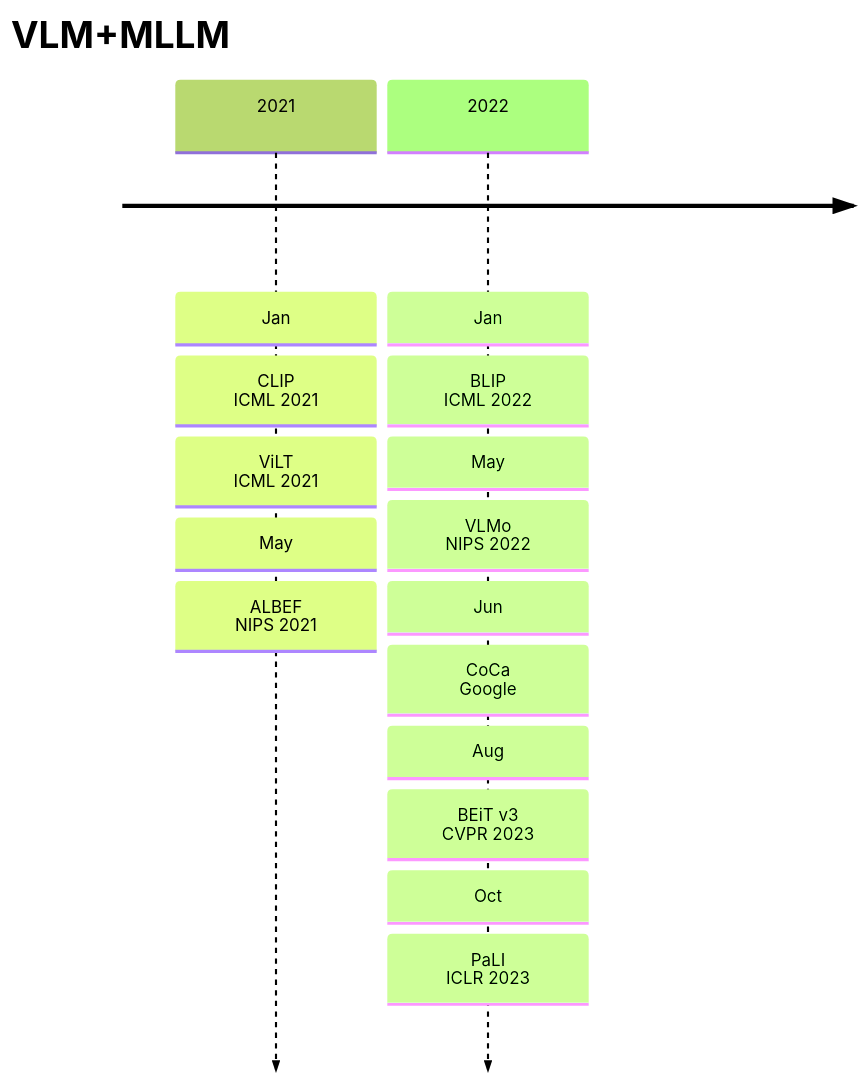
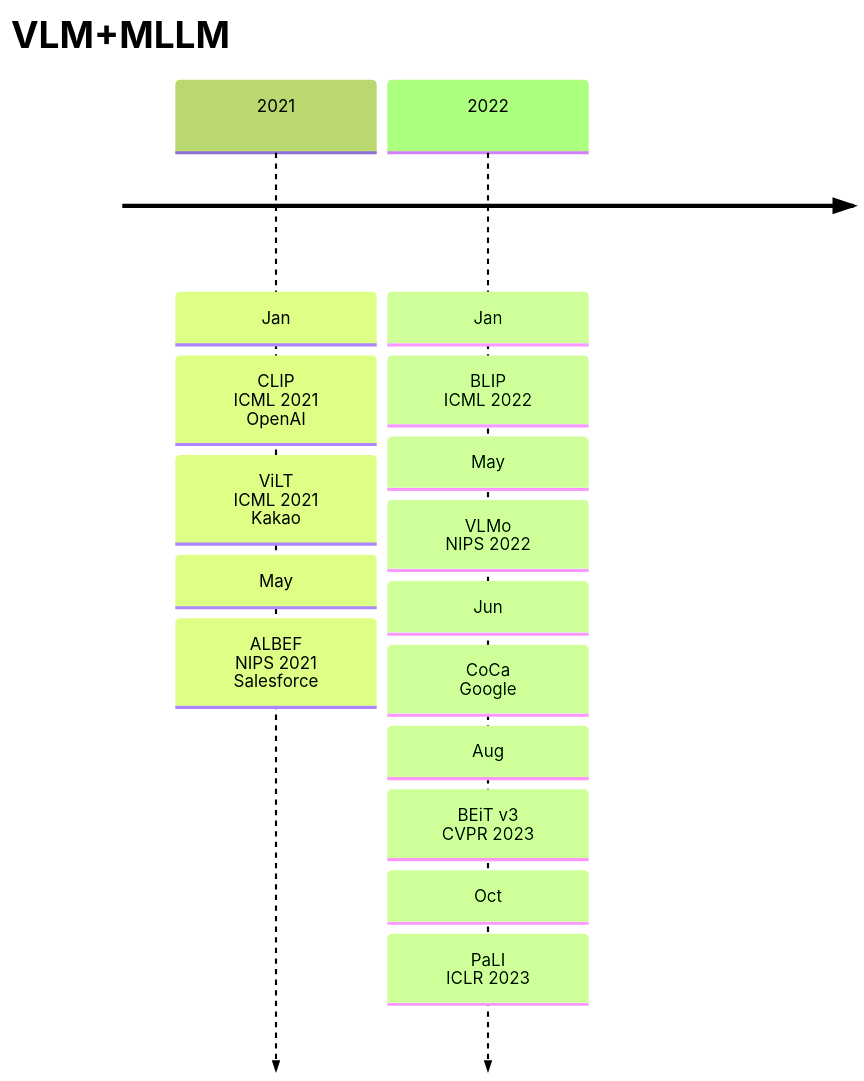
The first of 5 diagrams in Base_Model/VLM+VLLM/analyse.md (Elephant-King9/Paper), drawn with Mermaid (forest theme) before and after one commit. The commit also changed other lines of this file and 7 other files, not shown here.

````diff
--- a/Base_Model/VLM+VLLM/analyse.md
+++ b/Base_Model/VLM+VLLM/analyse.md
@@ -5,19 +5,19 @@
 ```mermaid
 timeline
     title VLM+MLLM
     2021 : Jan
-    		 : CLIP<br>ICML 2021
-    		 : ViLT<br>ICML 2021
+    		 : CLIP<br>ICML 2021<br>OpenAI
+    		 : ViLT<br>ICML 2021<br>Kakao
     		 : May
-    		 : ALBEF<br>NIPS 2021 
+    		 : ALBEF<br>NIPS 2021<br>Salesforce
     2022 : Jan
     		 : BLIP<br>ICML 2022
     		 : May
     		 : VLMo<br>NIPS 2022
     		 : Jun
     		 : CoCa<br>Google
     		 : Aug
     		 : BEiT v3<br>CVPR 2023
     		 : Oct
     		 : PaLI<br>ICLR 2023
 ```
````
